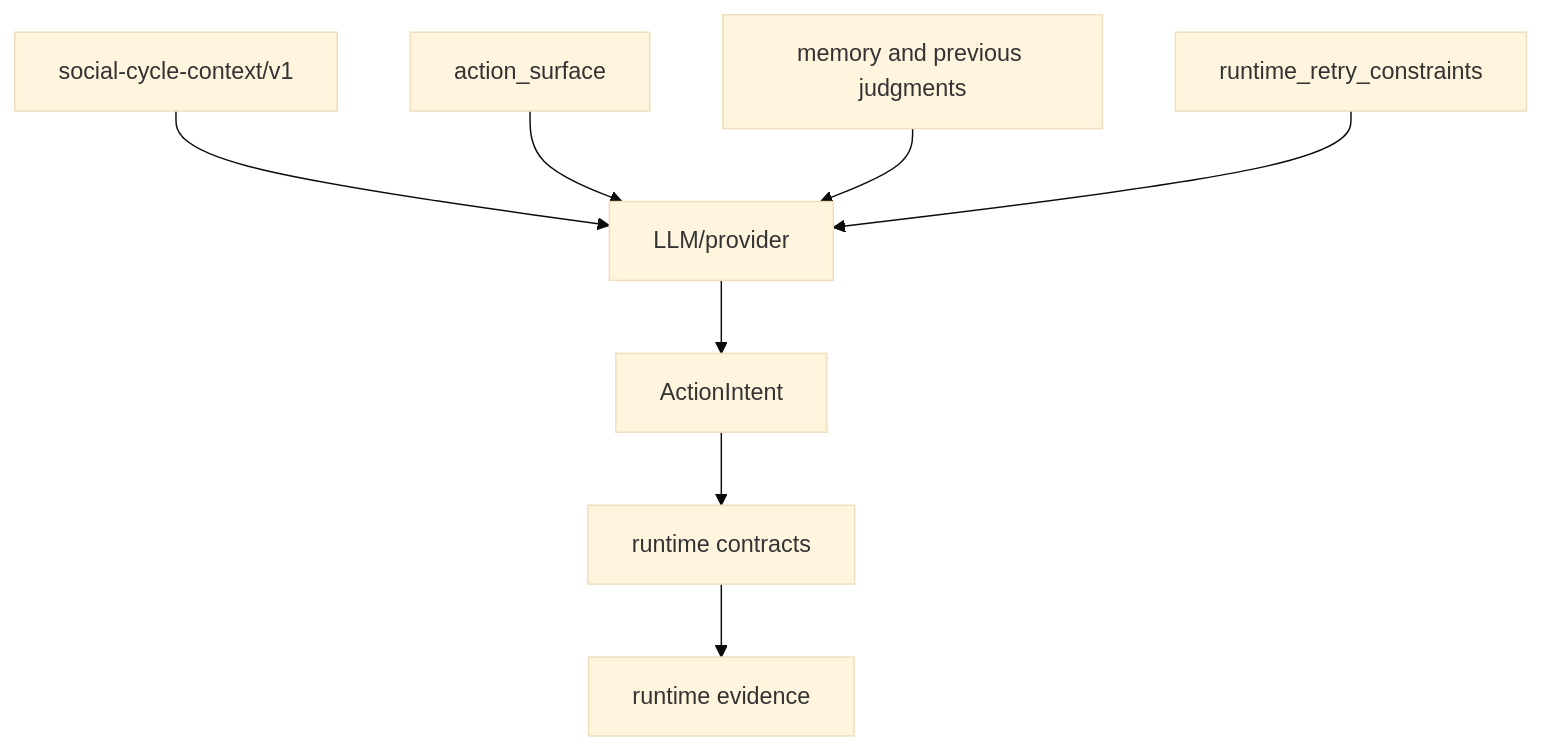
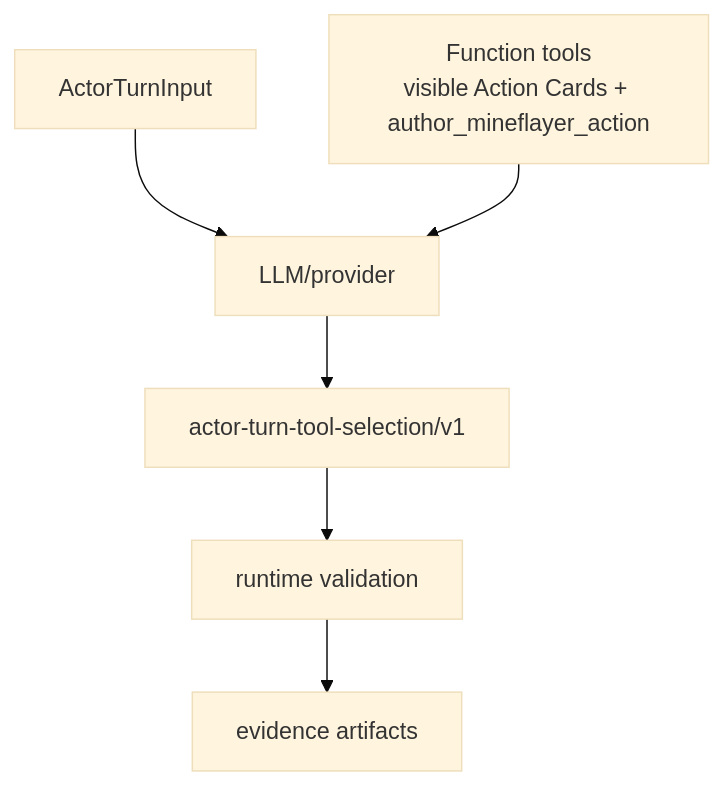
Before and after one commit to gigio1023/minecraft-llm-agent-community: the third of 6 diagrams in CURRENT_IMPLEMENTATION_ARCHITECTURE_REVIEW.md, drawn with Mermaid (base theme). The commit also changed other lines of this file and 218 other files, not shown here.

Commit message:
Align Actor Turn tool calling runtime

````diff
--- a/CURRENT_IMPLEMENTATION_ARCHITECTURE_REVIEW.md
+++ b/CURRENT_IMPLEMENTATION_ARCHITECTURE_REVIEW.md
@@ -285,19 +145,15 @@
 ```mermaid
 flowchart TD
-  Input["social-cycle-context/v1"]
-  Surface["action_surface"]
-  Memory["memory and previous judgments"]
-  Retry["runtime_retry_constraints"]
+  Input["ActorTurnInput"]
+  Tools["Function tools<br/>visible Action Cards + author_mineflayer_action"]
   Provider["LLM/provider"]
-  Intent["ActionIntent"]
-  Runtime["runtime contracts"]
-  Evidence["runtime evidence"]
+  Selection["actor-turn-tool-selection/v1"]
+  Runtime["runtime validation"]
+  Evidence["evidence artifacts"]
 
   Input --> Provider
-  Surface --> Provider
-  Memory --> Provider
-  Retry --> Provider
-  Provider --> Intent
-  Intent --> Runtime
+  Tools --> Provider
+  Provider --> Selection
+  Selection --> Runtime
   Runtime --> Evidence
 ```
````
